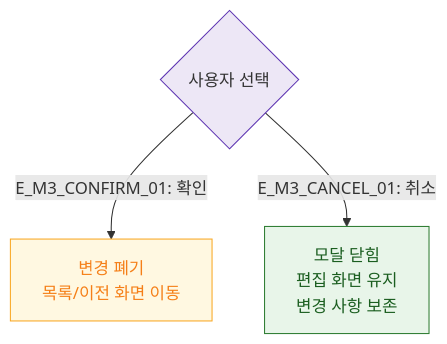
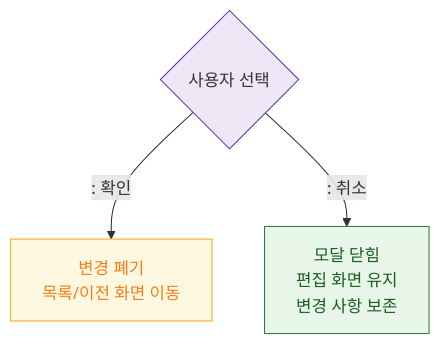
Before and after one commit to dev-spogym/admin-pando: the diagram in docs/다이어그램/D05_상품관리/DLG/DLG-P002_작업취소확인/M3_결과분기.md, drawn with Mermaid. The commit also changed other lines of this file and 1660 other files, not shown here.

First line of the commit message:
다이어그램: 기획자/클라이언트 납품본으로 정리

````diff
--- a/docs/다이어그램/D05_상품관리/DLG/DLG-P002_작업취소확인/M3_결과분기.md
+++ b/docs/다이어그램/D05_상품관리/DLG/DLG-P002_작업취소확인/M3_결과분기.md
@@ -16,12 +14,12 @@
 ```mermaid
 flowchart TD
-    UserChoice{사용자 선택} -->|"E_M3_CONFIRM_01: 확인"| LeaveResult[변경 폐기\n목록/이전 화면 이동]
-    UserChoice -->|"E_M3_CANCEL_01: 취소"| StayResult[모달 닫힘\n편집 화면 유지\n변경 사항 보존]
+    UserChoice{사용자 선택} -->|": 확인"|LeaveResult[변경 폐기\n목록/이전 화면 이동]
+    UserChoice -->|": 취소"|StayResult[모달 닫힘\n편집 화면 유지\n변경 사항 보존]
 
     classDef success fill:#E8F5E9,stroke:#2E7D32,color:#1B5E20
     classDef warning fill:#FFF8E1,stroke:#F9A825,color:#F57F17
     classDef system fill:#EDE7F6,stroke:#5E35B2
     class StayResult success
     class LeaveResult warning
     class UserChoice system
 ```
````
